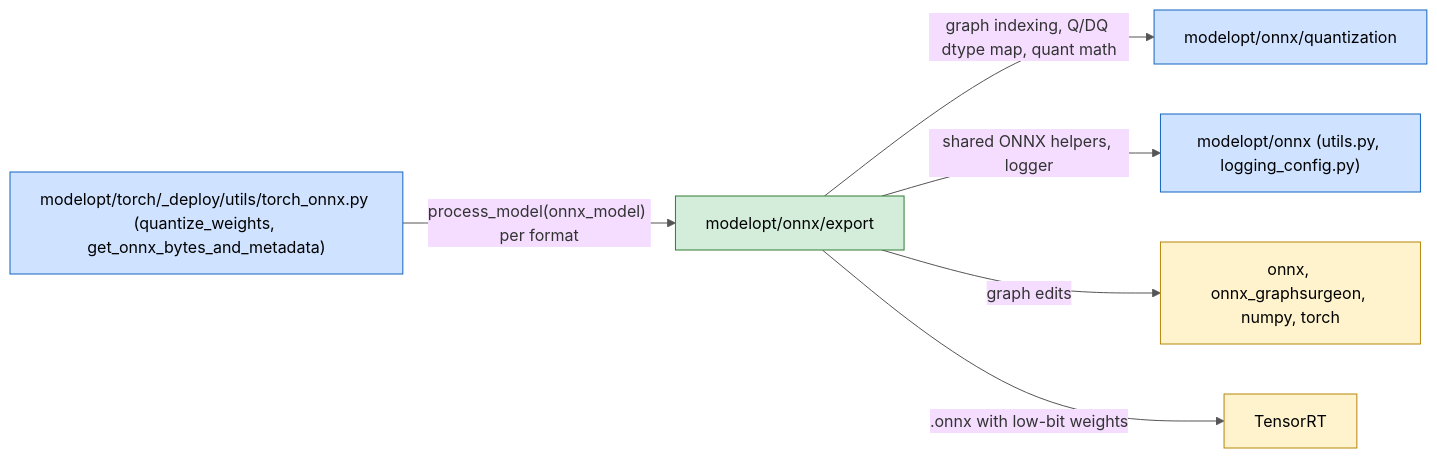
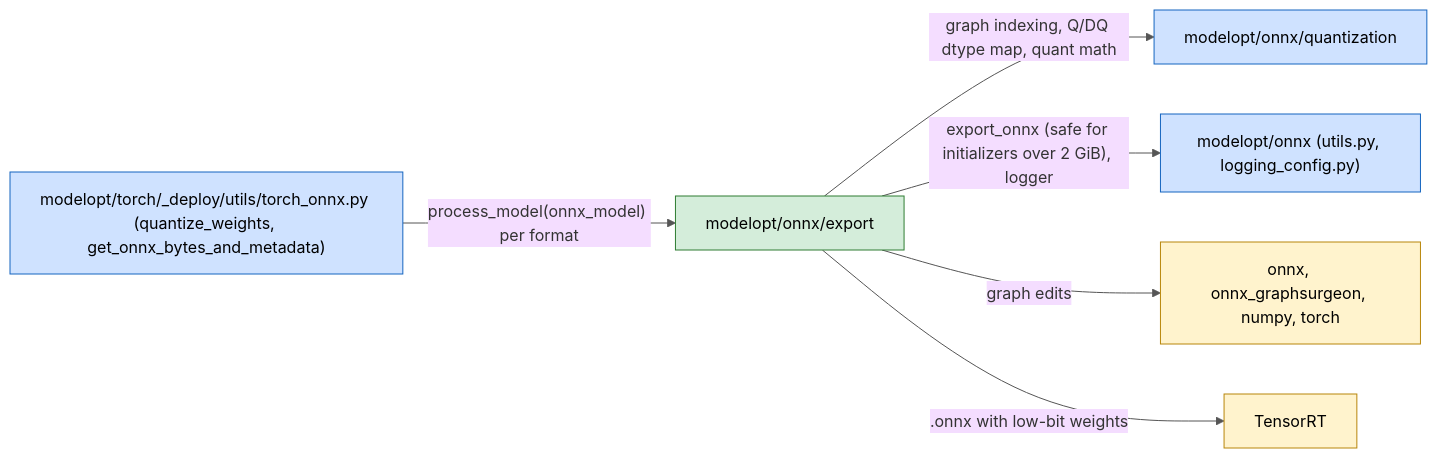
The first of 2 diagrams in modelopt/onnx/export/README.md (saiprakash-c/Model-Optimizer), drawn with Mermaid (base theme) before and after one commit. The commit also changed other lines of this file and 7 other files, not shown here.

````diff
--- a/modelopt/onnx/export/README.md
+++ b/modelopt/onnx/export/README.md
@@ -15,12 +15,12 @@
 ```mermaid
 flowchart LR
     deploy["modelopt/torch/_deploy/utils/torch_onnx.py (quantize_weights, get_onnx_bytes_and_metadata)"]:::int -->|"process_model(onnx_model) per format"| ex["modelopt/onnx/export"]:::own
     ex -->|"graph indexing, Q/DQ dtype map, quant math"| oq["modelopt/onnx/quantization"]:::int
-    ex -->|"shared ONNX helpers, logger"| ou["modelopt/onnx (utils.py, logging_config.py)"]:::int
+    ex -->|"export_onnx (safe for initializers over 2 GiB), logger"| ou["modelopt/onnx (utils.py, logging_config.py)"]:::int
     ex -->|"graph edits"| gs["onnx, onnx_graphsurgeon, numpy, torch"]:::ext
     ex -->|".onnx with low-bit weights"| trt["TensorRT"]:::ext
     classDef own fill:#d4edda,stroke:#2e7d32,color:#000
     classDef int fill:#cfe2ff,stroke:#1565c0,color:#000
     classDef ext fill:#fff3cd,stroke:#b8860b,color:#000
     linkStyle default stroke:#555
 ```
````
